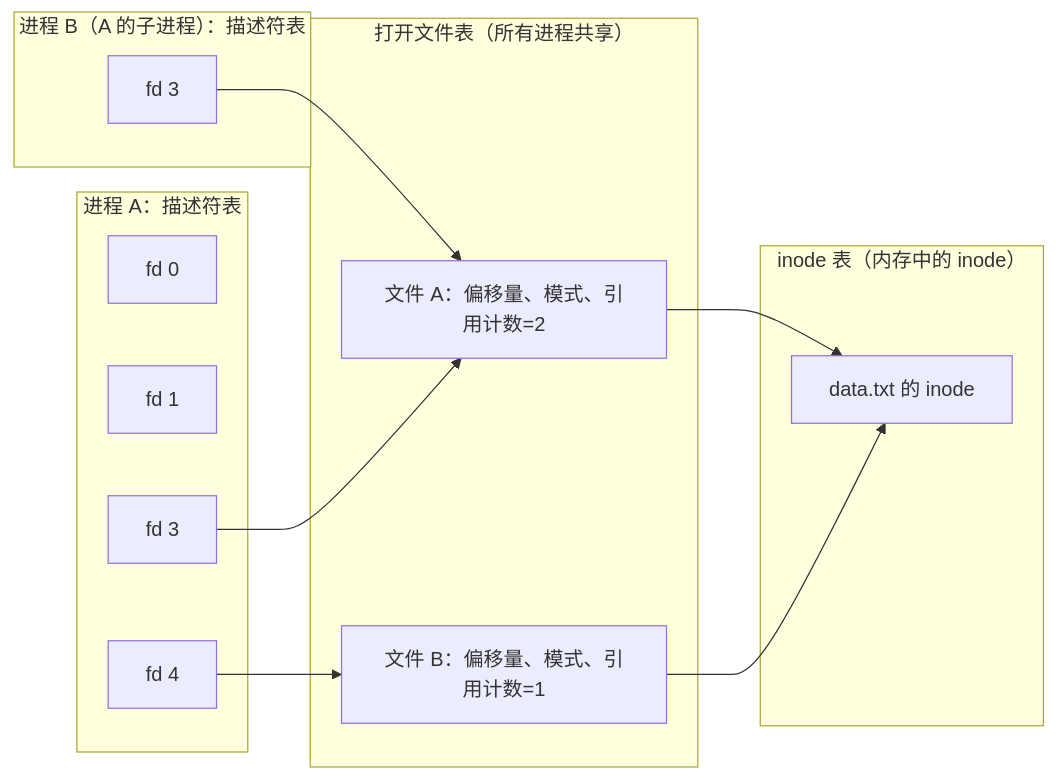
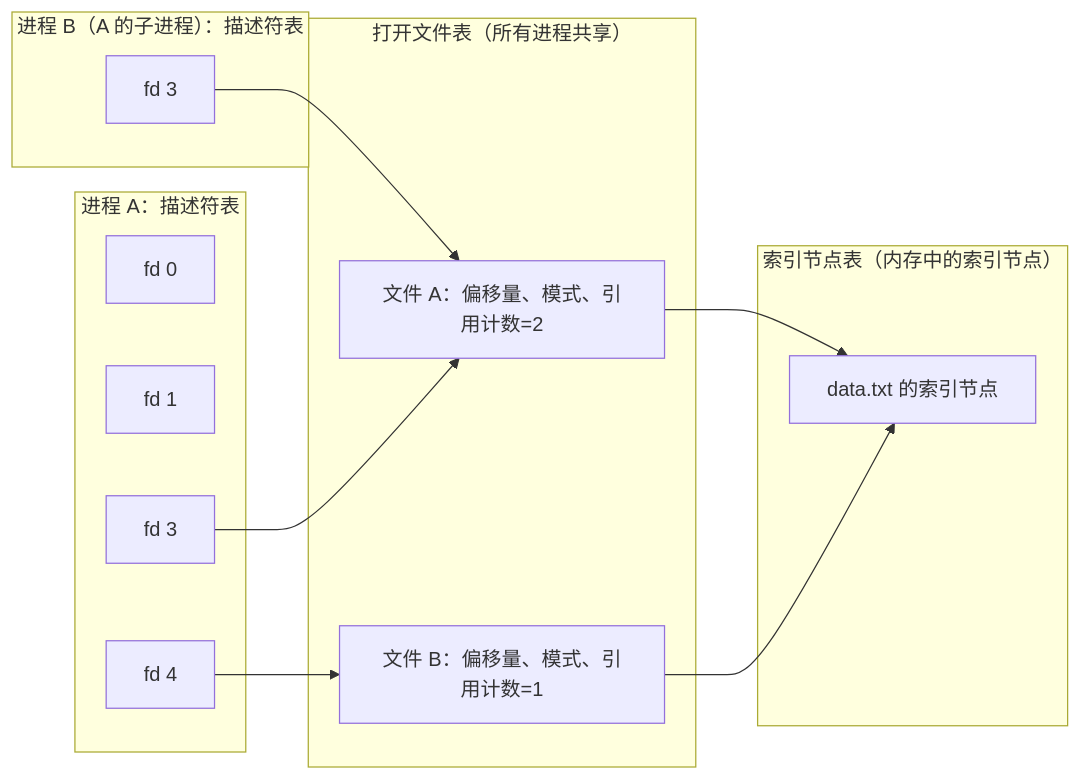
The diagram in content/4.computer-science/4.11.operating-systems/4.11.8.io-devices-and-storage/index.zh.md (zf-li23/personal-wiki-site), drawn with Mermaid before and after one commit. The commit also changed other lines of this file and 3 other files, not shown here.

````diff
--- a/content/4.computer-science/4.11.operating-systems/4.11.8.io-devices-and-storage/index.zh.md
+++ b/content/4.computer-science/4.11.operating-systems/4.11.8.io-devices-and-storage/index.zh.md
@@ -355,21 +355,21 @@
 ```mermaid
 flowchart LR
     subgraph P1["进程 A：描述符表"]
         A0["fd 0"]; A1["fd 1"]; A3["fd 3"]; A4["fd 4"]
     end
     subgraph P2["进程 B（A 的子进程）：描述符表"]
         B3["fd 3"]
     end
     subgraph OFT["打开文件表（所有进程共享）"]
         F1["文件 A：偏移量、模式、引用计数=2"]
         F2["文件 B：偏移量、模式、引用计数=1"]
     end
-    subgraph VN["inode 表（内存中的 inode）"]
-        V1["data.txt 的 inode"]
+    subgraph VN["索引节点表（内存中的索引节点）"]
+        V1["data.txt 的索引节点"]
     end
     A3 --> F1
     B3 --> F1
     A4 --> F2
     F1 --> V1
     F2 --> V1
 ```
````
